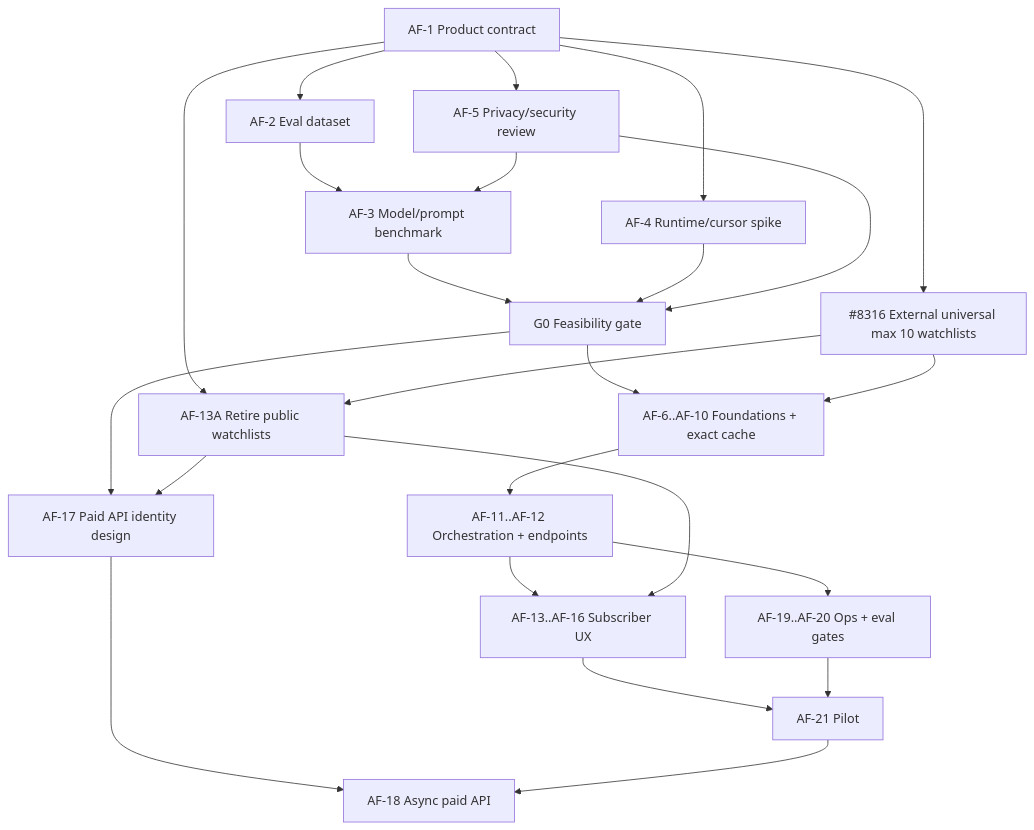
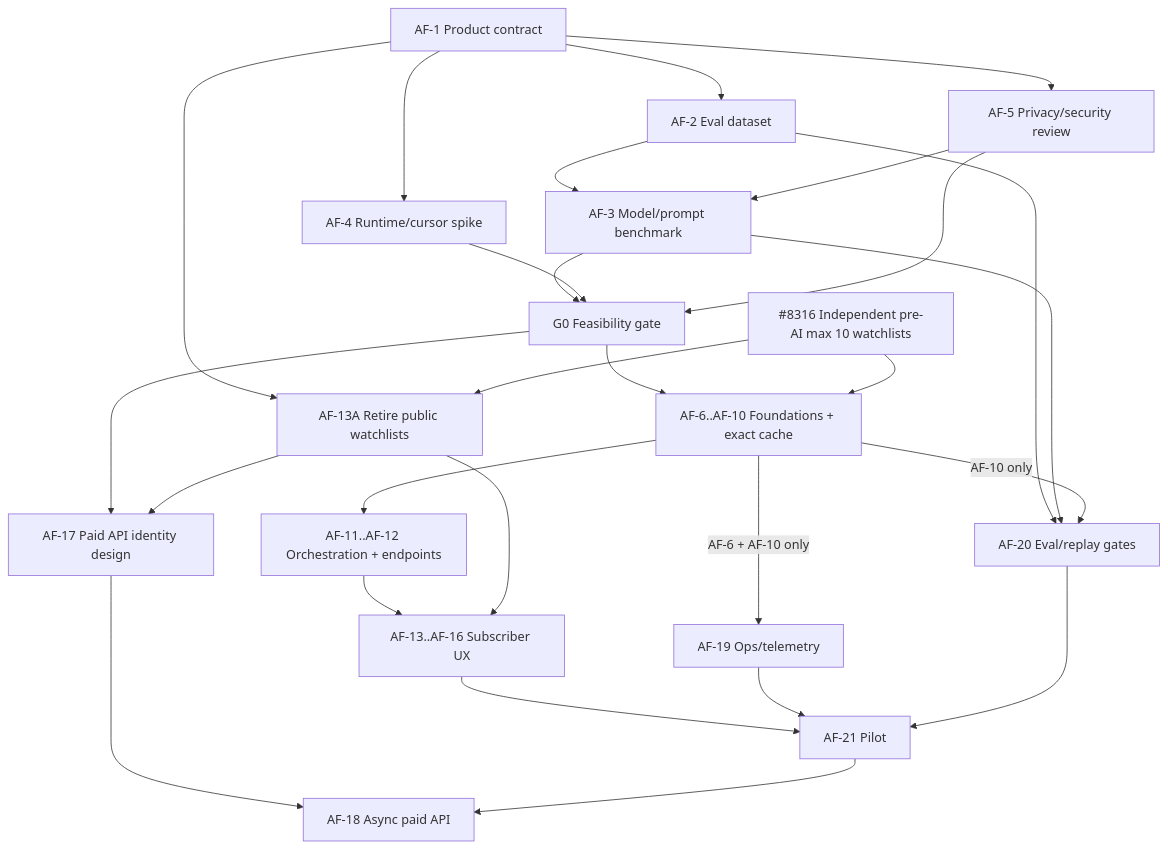
Before and after one commit to colophon-group/jobseek: the second of 2 diagrams in docs/24-ai-filter.md, drawn with Mermaid. The commit also changed other lines of this file, not shown here.

Commit message:
Correct AI filter dependency map

````diff
--- a/docs/24-ai-filter.md
+++ b/docs/24-ai-filter.md
@@ -1674,26 +1674,30 @@
 ```mermaid
 flowchart TD
     A1["AF-1 Product contract"] --> A2["AF-2 Eval dataset"]
     A1 --> A4["AF-4 Runtime/cursor spike"]
     A1 --> A5["AF-5 Privacy/security review"]
     A2 --> A3["AF-3 Model/prompt benchmark"]
     A5 --> A3
     A3 --> G0["G0 Feasibility gate"]
     A4 --> G0
     A5 --> G0
-    A1 --> L["#8316 External universal max 10 watchlists"]
+    L["#8316 Independent pre-AI max 10 watchlists"]
     A1 --> W["AF-13A Retire public watchlists"]
     L --> W
     G0 --> F
     L --> F["AF-6..AF-10 Foundations + exact cache"]
     F --> R["AF-11..AF-12 Orchestration + endpoints"]
     G0 --> I["AF-17 Paid API identity design"]
     W --> I
     R --> U["AF-13..AF-16 Subscriber UX"]
     W --> U
-    R --> O["AF-19..AF-20 Ops + eval gates"]
+    F -->|"AF-6 + AF-10 only"| O19["AF-19 Ops/telemetry"]
+    A2 --> O20["AF-20 Eval/replay gates"]
+    A3 --> O20
+    F -->|"AF-10 only"| O20
     U --> P["AF-21 Pilot"]
-    O --> P
+    O19 --> P
+    O20 --> P
     I --> API["AF-18 Async paid API"]
     P --> API
 ```
````
